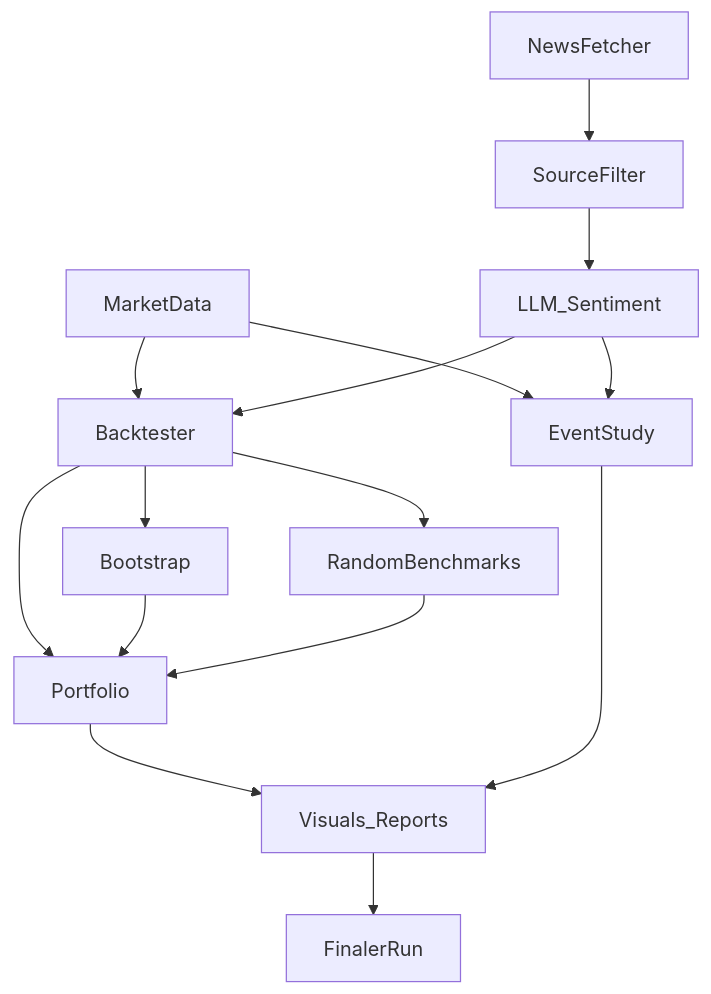
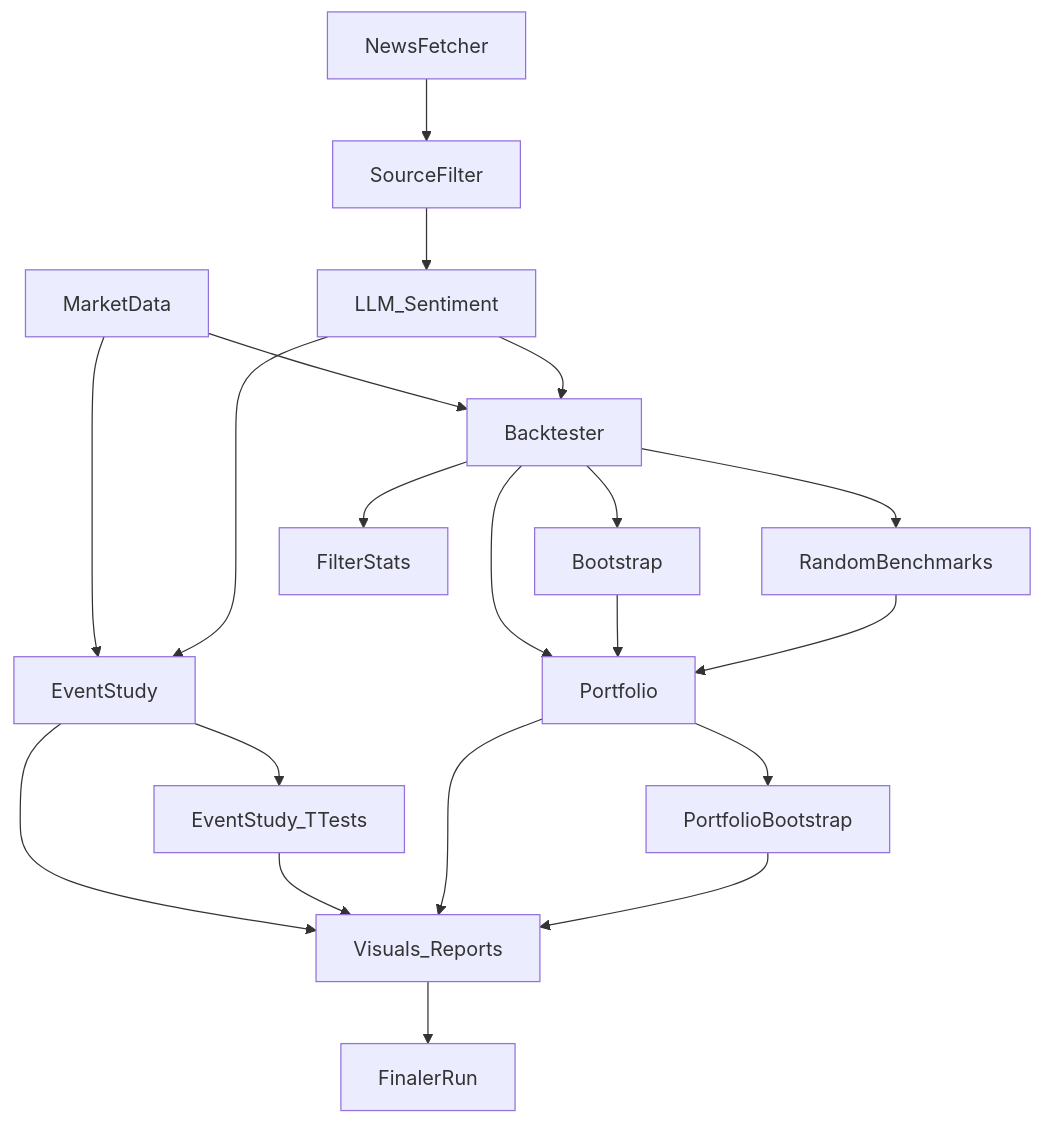
The diagram in README.md (Lugier/intraday-news-sentiment-backtester), drawn with Mermaid before and after one commit. The commit also changed other lines of this file, not shown here.

Commit message:
docs: Mermaid aktualisiert – unabhängige EventStudy, Backtest→Portfolio(+Bootstrap/RandomBenchmarks), FilterStats, Visuals Flow gemäß main.py

````diff
--- a/README.md
+++ b/README.md
@@ -56,23 +56,30 @@
 ```mermaid
 graph TD
     A[NewsFetcher] --> B[SourceFilter]
     B --> C[LLM_Sentiment]
 
     %% Market data used by backtest and event study
     M[MarketData] --> D
     M --> E
 
+    %% Independent branches from sentiment
     C --> D[Backtester]
     C --> E[EventStudy]
 
+    %% Backtest branch details
     D --> F[Bootstrap]
     D --> G[RandomBenchmarks]
     D --> H[Portfolio]
+    D --> K[FilterStats]
     F --> H
     G --> H
+    H --> PB[PortfolioBootstrap]
 
-    %% EventStudy goes straight to visuals (no portfolio node)
-    H --> I[Visuals_Reports]
-    E --> I
+    %% Where results are rendered
+    E --> T[EventStudy_TTests]
+    E --> I[Visuals_Reports]
+    T --> I
+    H --> I
+    PB --> I
     I --> J[FinalerRun]
 ```
````
